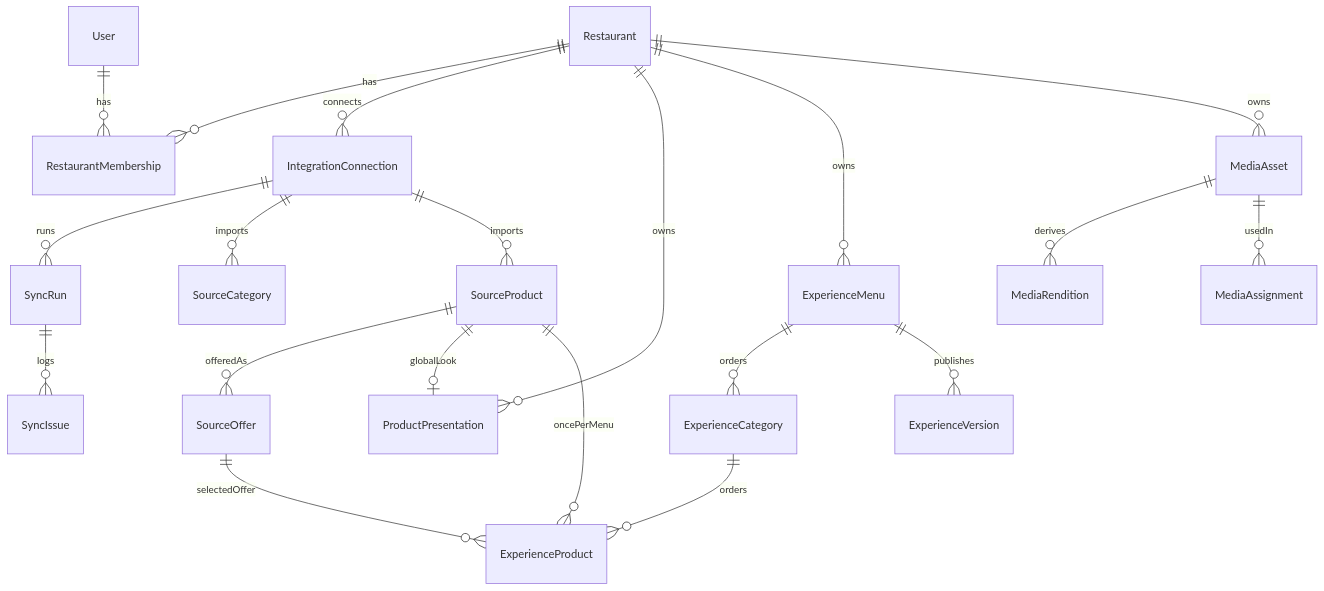
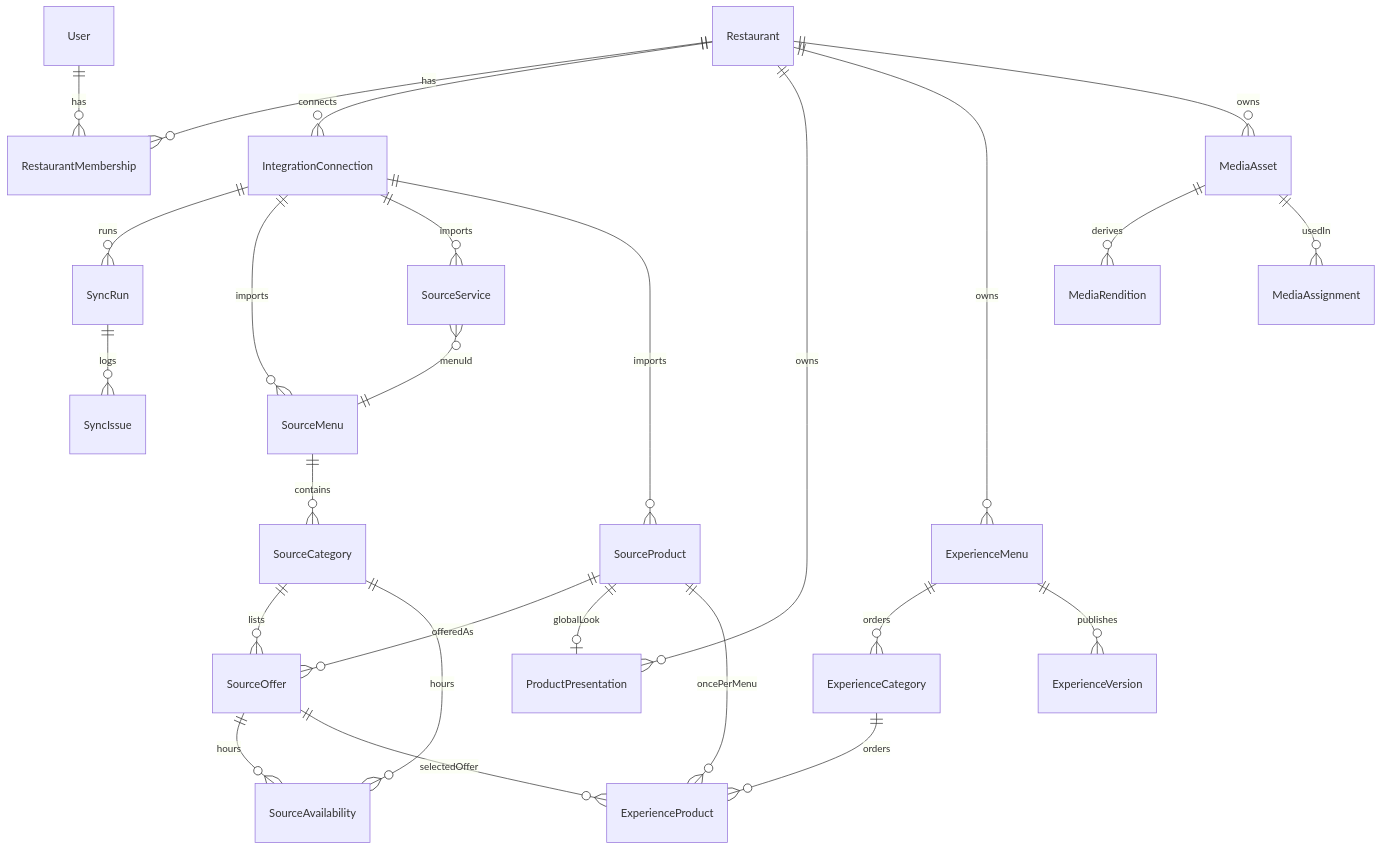
The diagram in docs/architecture/domain-model.md (davipeyroton/feels-menu), drawn with Mermaid before and after one commit. The commit also changed other lines of this file and 32 other files, not shown here.

````diff
--- a/docs/architecture/domain-model.md
+++ b/docs/architecture/domain-model.md
@@ -161,22 +167,28 @@
 ```mermaid
 erDiagram
     User ||--o{ RestaurantMembership : has
     Restaurant ||--o{ RestaurantMembership : has
     Restaurant ||--o{ IntegrationConnection : connects
     IntegrationConnection ||--o{ SyncRun : runs
     SyncRun ||--o{ SyncIssue : logs
-    IntegrationConnection ||--o{ SourceCategory : imports
+    IntegrationConnection ||--o{ SourceMenu : imports
+    IntegrationConnection ||--o{ SourceService : imports
+    SourceService }o--|| SourceMenu : menuId
+    SourceMenu ||--o{ SourceCategory : contains
     IntegrationConnection ||--o{ SourceProduct : imports
+    SourceCategory ||--o{ SourceOffer : lists
     SourceProduct ||--o{ SourceOffer : offeredAs
+    SourceCategory ||--o{ SourceAvailability : hours
+    SourceOffer ||--o{ SourceAvailability : hours
     Restaurant ||--o{ ProductPresentation : owns
     SourceProduct ||--o| ProductPresentation : globalLook
     Restaurant ||--o{ ExperienceMenu : owns
     ExperienceMenu ||--o{ ExperienceCategory : orders
     ExperienceMenu ||--o{ ExperienceVersion : publishes
     ExperienceCategory ||--o{ ExperienceProduct : orders
     SourceProduct ||--o{ ExperienceProduct : oncePerMenu
     SourceOffer ||--o{ ExperienceProduct : selectedOffer
     Restaurant ||--o{ MediaAsset : owns
     MediaAsset ||--o{ MediaRendition : derives
     MediaAsset ||--o{ MediaAssignment : usedIn
 ```
````
